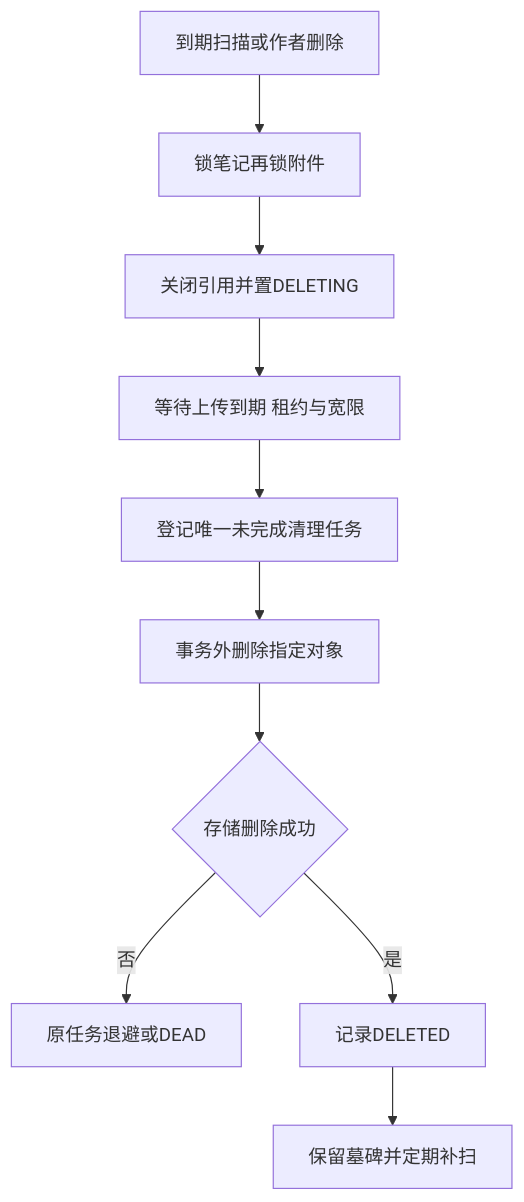
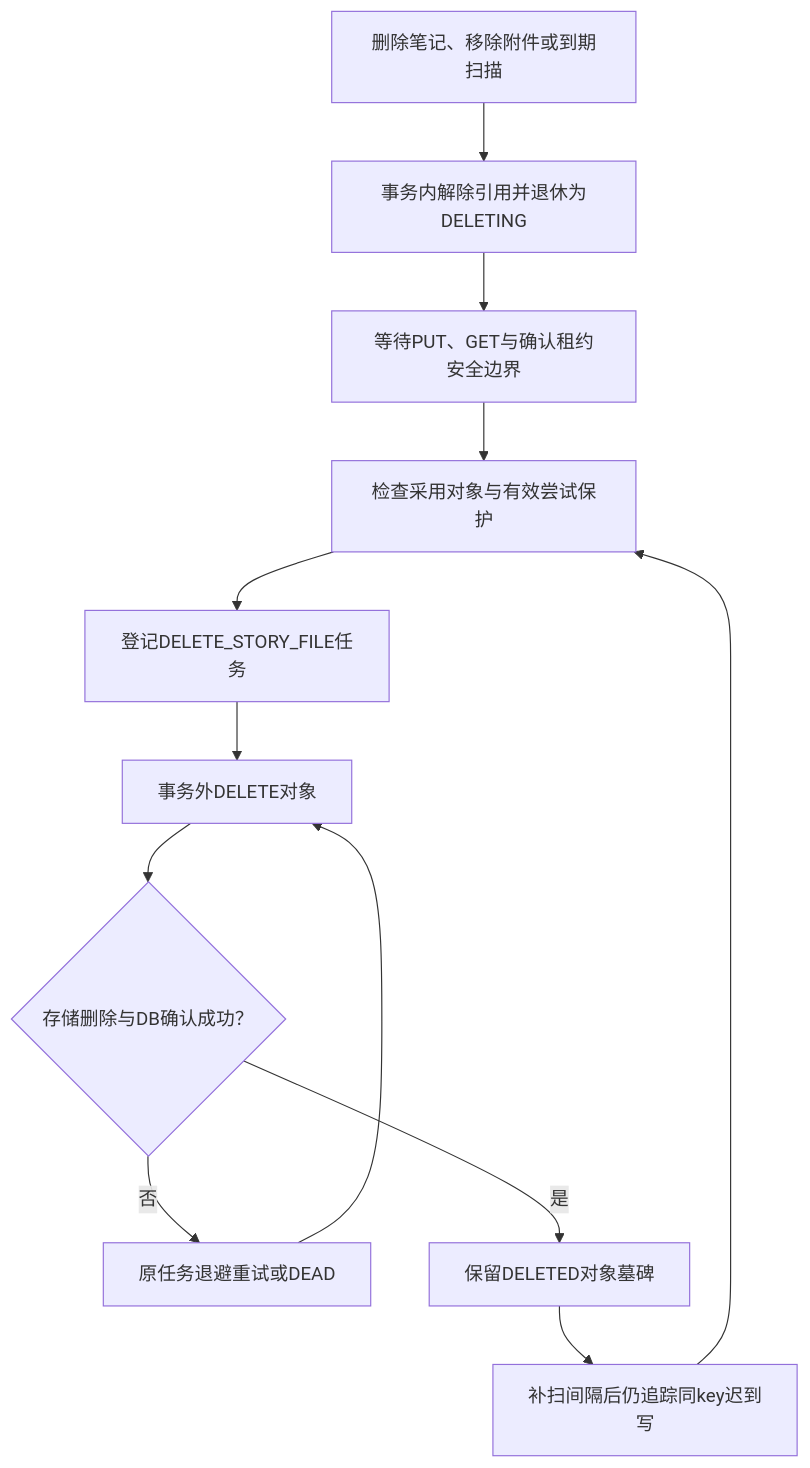
One commit to SyH-101/citypass-platform changed the fourth of 6 diagrams in 03-活动笔记发布与文件管理.md. Above: the diagram before and after it, drawn with Mermaid. The commit also changed other lines of this file, not shown here.

Commit message:
docs: explain story and file resume clauses with lifecycle diagrams and 15 interview questions

````diff
--- a/03-活动笔记发布与文件管理.md
+++ b/03-活动笔记发布与文件管理.md
@@ -487,12 +639,14 @@
 ```mermaid
 flowchart TD
-    A[到期扫描或作者删除] --> B[锁笔记再锁附件]
-    B --> C[关闭引用并置DELETING]
-    C --> D[等待上传到期 租约与宽限]
-    D --> E[登记唯一未完成清理任务]
-    E --> F[事务外删除指定对象]
-    F --> G{存储删除成功}
-    G -->|否| H[原任务退避或DEAD]
-    G -->|是| I[记录DELETED]
-    I --> J[保留墓碑并定期补扫]
+    A["删除笔记、移除附件或到期扫描"] --> B["事务内解除引用并退休为DELETING"]
+    B --> C["等待PUT、GET与确认租约安全边界"]
+    C --> D["检查采用对象与有效尝试保护"]
+    D --> E["登记DELETE_STORY_FILE任务"]
+    E --> F["事务外DELETE对象"]
+    F --> G{"存储删除与DB确认成功？"}
+    G -->|否| H["原任务退避重试或DEAD"]
+    H --> F
+    G -->|是| I["保留DELETED对象墓碑"]
+    I --> J["补扫间隔后仍追踪同key迟到写"]
+    J --> D
 ```
````
